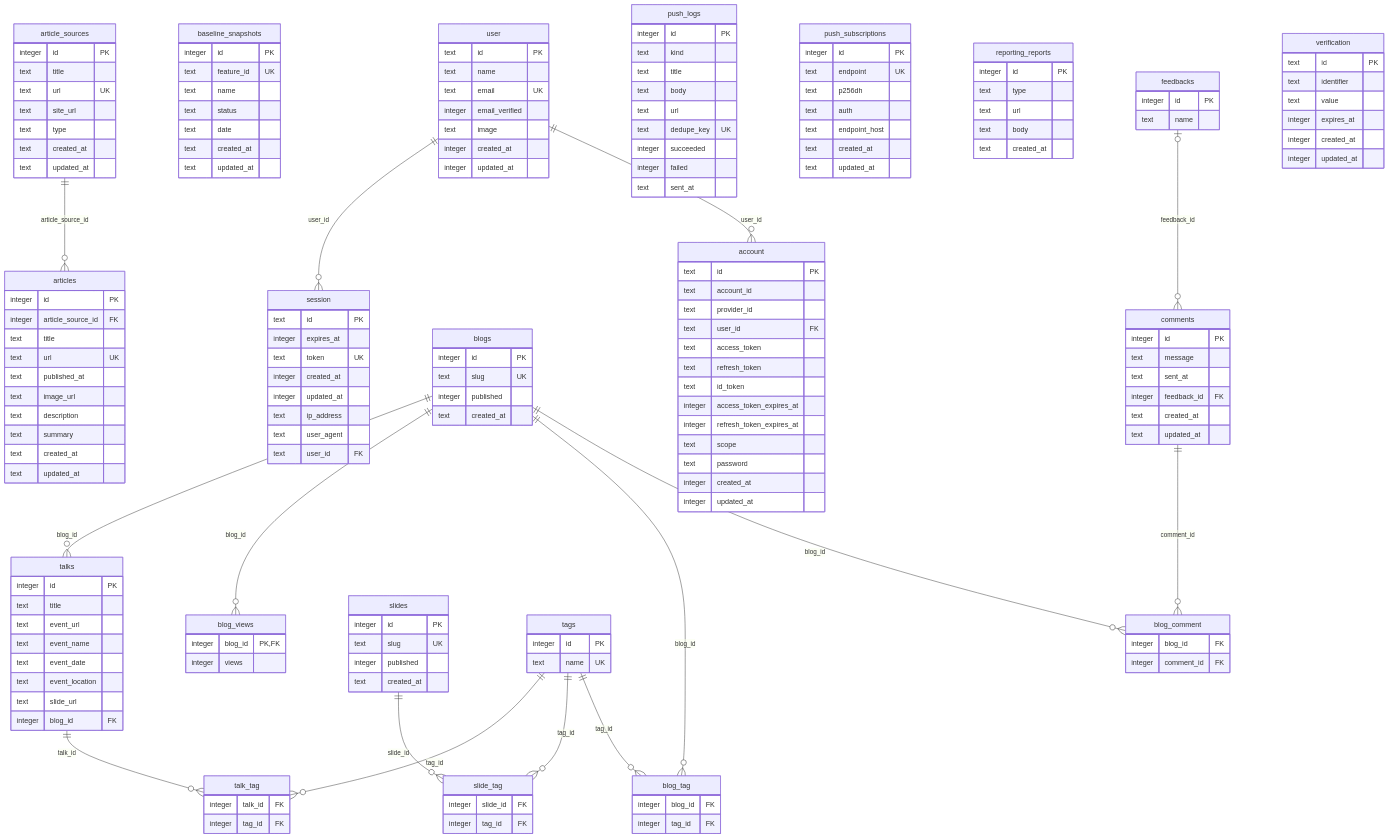
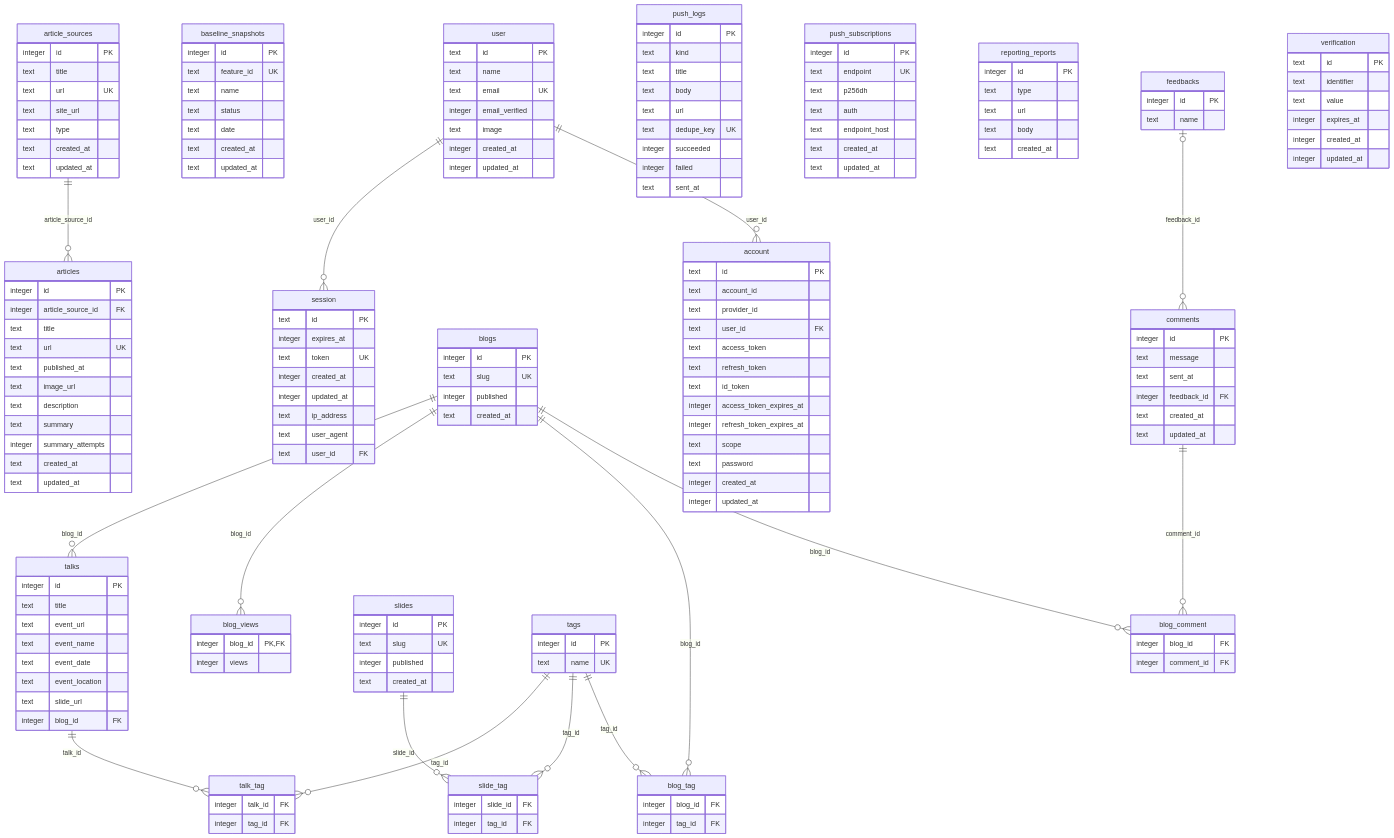
One commit to k35o/k8o changed the diagram in packages/database/README.md. Above: the diagram before and after it, drawn with Mermaid.

Commit message:
chore: articlesスキーマ変更に合わせてREADMEのERDを再生成

```diff
--- a/packages/database/README.md
+++ b/packages/database/README.md
@@ -93,6 +93,7 @@
     text image_url
     text description
     text summary
+    integer summary_attempts
     text created_at
     text updated_at
   }
```
